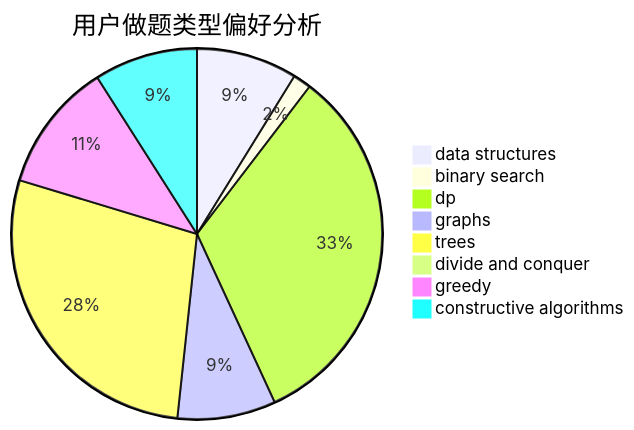
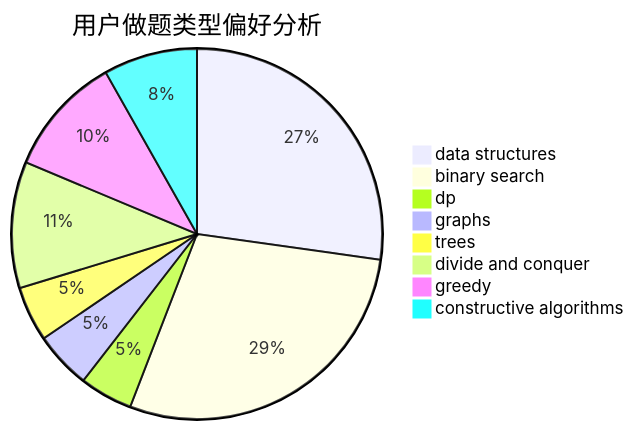
The second of 3 diagrams in docs/user/u668.md (sherpahu/cfrs.github.io), drawn with Mermaid before and after one commit. The commit also changed other lines of this file and 2770 other files, not shown here.

````diff
--- a/docs/user/u668.md
+++ b/docs/user/u668.md
@@ -23,11 +23,11 @@
 ```mermaid
 pie title 用户做题类型偏好分析
-    "data structures" :  39
-    "binary search" :  7
-    "dp" :  145
-    "graphs" :  38
-    "trees" :  124
-    "divide and conquer" :  0
-    "greedy" :  50
-    "constructive algorithms" :  40
+    "data structures" :  153
+    "binary search" :  161
+    "dp" :  26
+    "graphs" :  28
+    "trees" :  27
+    "divide and conquer" :  62
+    "greedy" :  59
+    "constructive algorithms" :  46
 ```
````
